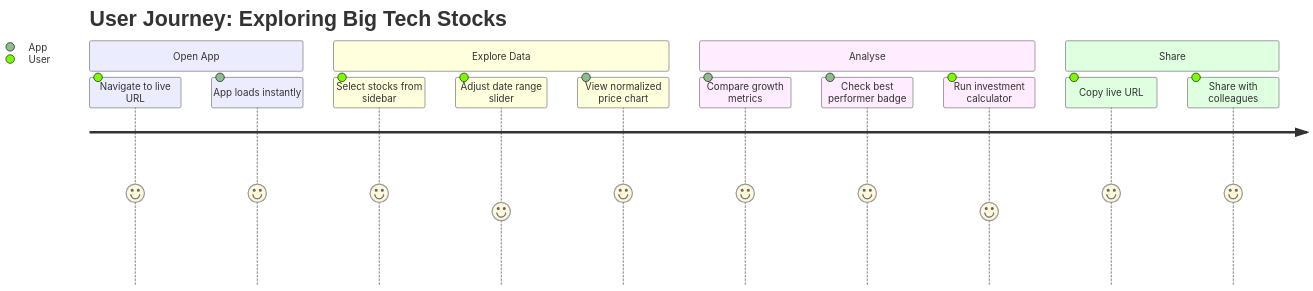
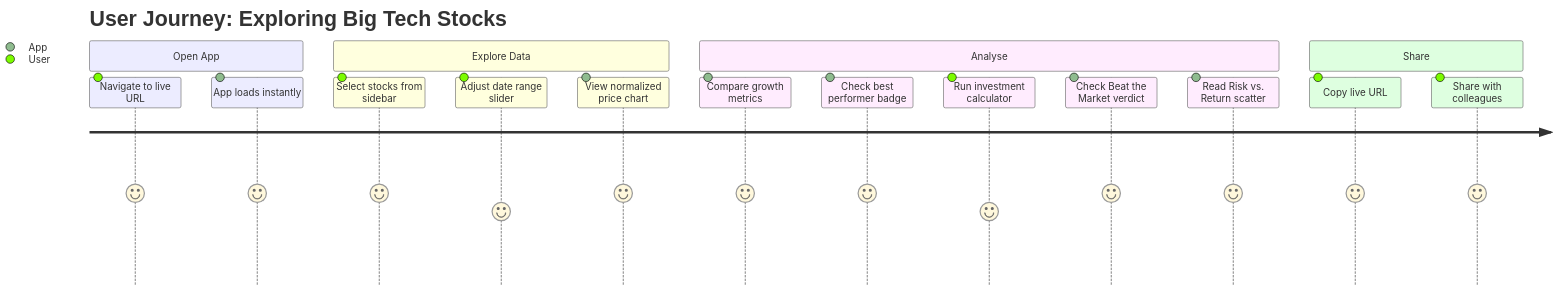
The second of 2 diagrams in README.md (krumpledecva/Stocks-project), drawn with Mermaid before and after one commit. The commit also changed other lines of this file and 1 other file, not shown here.

````diff
--- a/README.md
+++ b/README.md
@@ -46,18 +48,20 @@
 ```mermaid
 journey
     title User Journey: Exploring Big Tech Stocks
     section Open App
       Navigate to live URL: 5: User
       App loads instantly: 5: App
     section Explore Data
       Select stocks from sidebar: 5: User
       Adjust date range slider: 4: User
       View normalized price chart: 5: App
     section Analyse
       Compare growth metrics: 5: App
       Check best performer badge: 5: App
       Run investment calculator: 4: User
+      Check Beat the Market verdict: 5: App
+      Read Risk vs. Return scatter: 5: App
     section Share
       Copy live URL: 5: User
       Share with colleagues: 5: User
 ```
````
